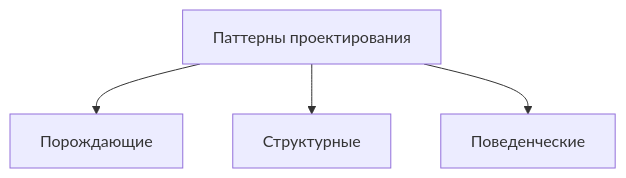
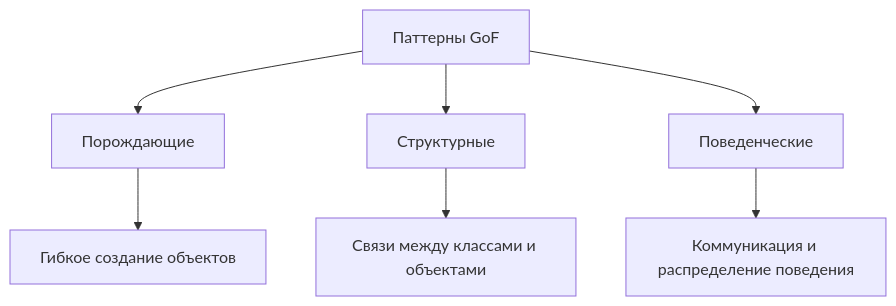
The first of 15 diagrams in lectures/Lec4/vitepress.md (Kert0n/KPO), drawn with Mermaid before and after one commit. The commit also changed other lines of this file and 3 other files, not shown here.

````diff
--- a/lectures/Lec4/vitepress.md
+++ b/lectures/Lec4/vitepress.md
@@ -34,6 +64,10 @@
 ```mermaid
 flowchart TD
-    Patterns[Паттерны проектирования] --> Creational[Порождающие]
-    Patterns --> Structural[Структурные]
-    Patterns --> Behavioral[Поведенческие]
+  Patterns[Паттерны GoF] --> Creational[Порождающие]
+  Patterns --> Structural[Структурные]
+  Patterns --> Behavioral[Поведенческие]
+
+  Creational --> CGoal[Гибкое создание объектов]
+  Structural --> SGoal[Связи между классами и объектами]
+  Behavioral --> BGoal[Коммуникация и распределение поведения]
 ```
````
